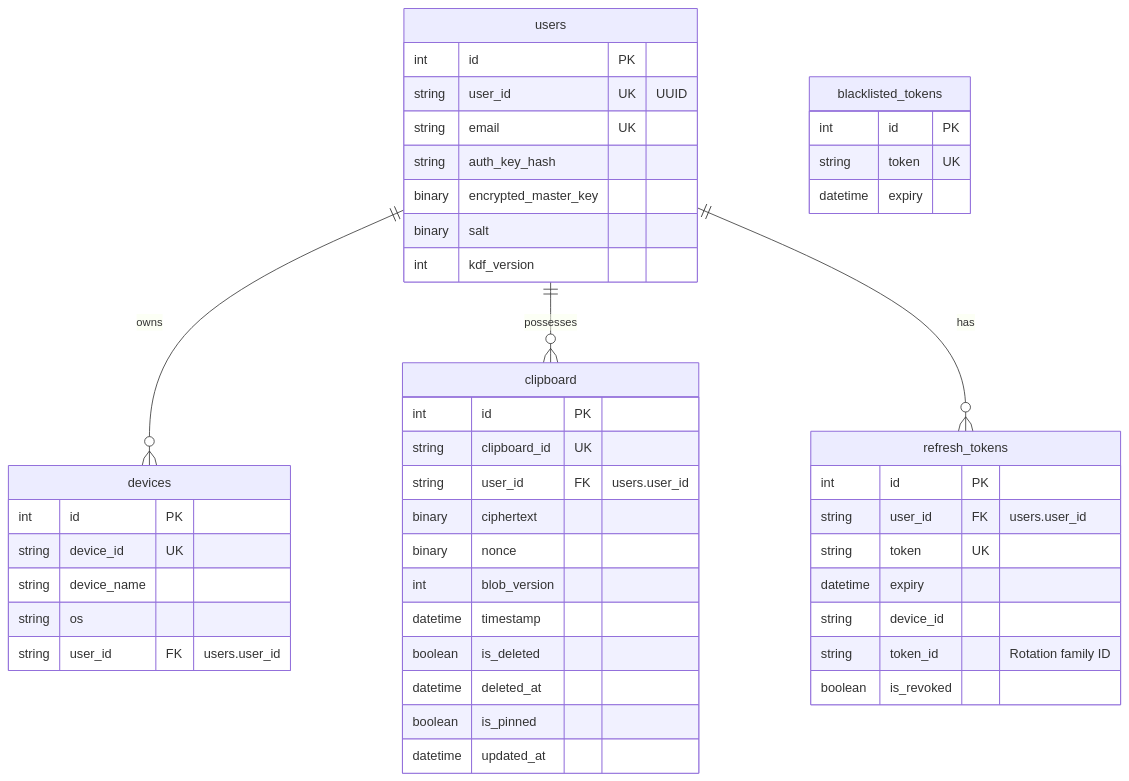
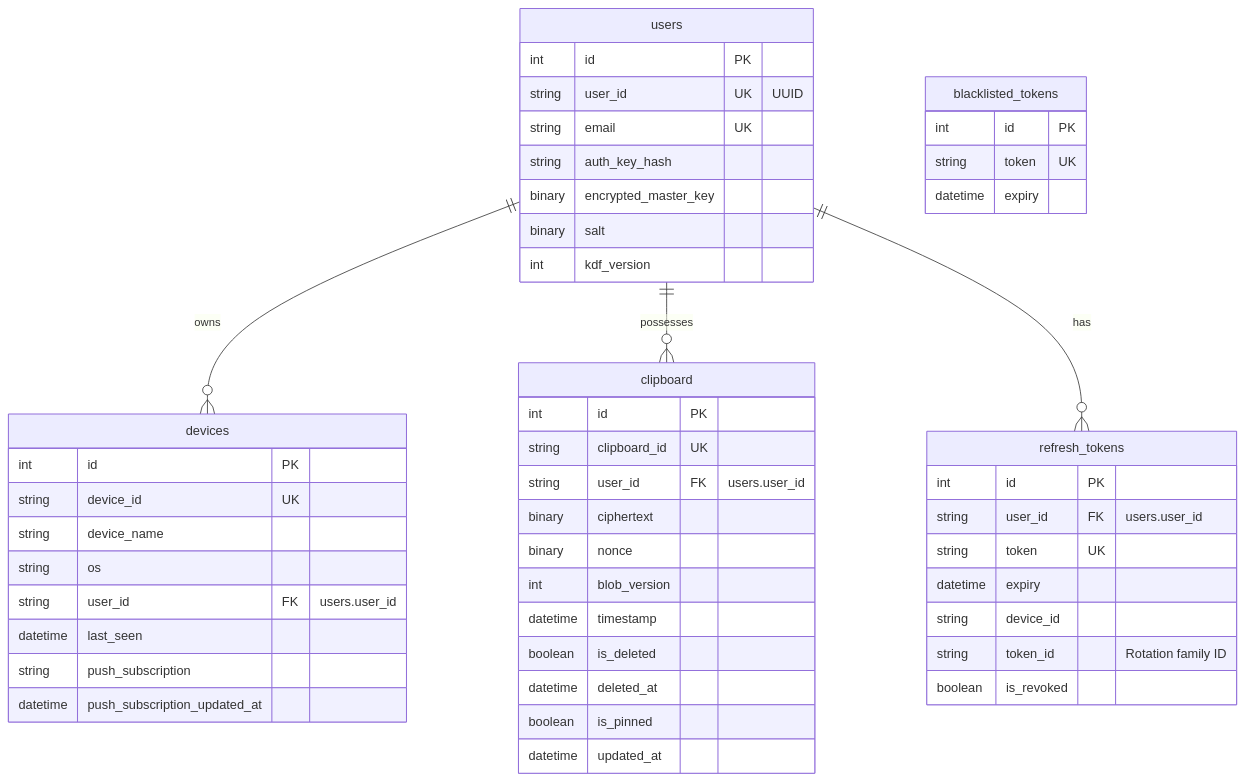
Before and after one commit to zyr-ux/Synclo-Backend: the third of 3 diagrams in ARCHITECTURE.md, drawn with Mermaid. The commit also changed other lines of this file and 12 other files, not shown here.

````diff
--- a/ARCHITECTURE.md
+++ b/ARCHITECTURE.md
@@ -715,50 +775,53 @@
 ```mermaid
 erDiagram
     users {
         int id PK
         string user_id UK "UUID"
         string email UK
         string auth_key_hash
         binary encrypted_master_key
         binary salt
         int kdf_version
     }
     devices {
         int id PK
         string device_id UK
         string device_name
         string os
         string user_id FK "users.user_id"
+        datetime last_seen
+        string push_subscription
+        datetime push_subscription_updated_at
     }
     clipboard {
         int id PK
         string clipboard_id UK
         string user_id FK "users.user_id"
         binary ciphertext
         binary nonce
         int blob_version
         datetime timestamp
         boolean is_deleted
         datetime deleted_at
         boolean is_pinned
         datetime updated_at
     }
     refresh_tokens {
         int id PK
         string user_id FK "users.user_id"
         string token UK
         datetime expiry
         string device_id
         string token_id "Rotation family ID"
         boolean is_revoked
     }
     blacklisted_tokens {
         int id PK
         string token UK
         datetime expiry
     }
 
     users ||--o{ devices : owns
     users ||--o{ clipboard : possesses
     users ||--o{ refresh_tokens : has
 ```
````
